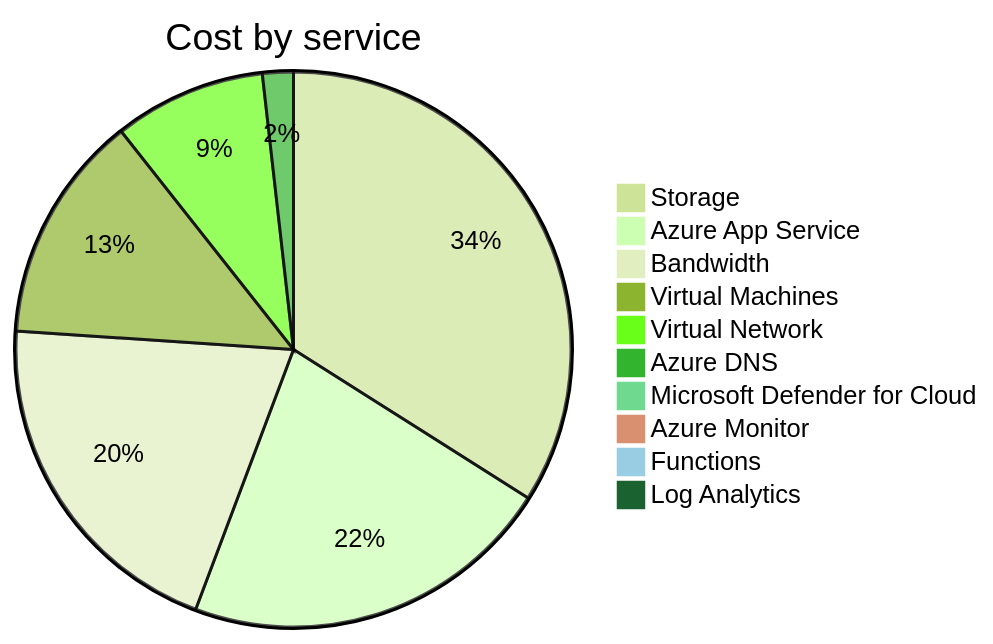
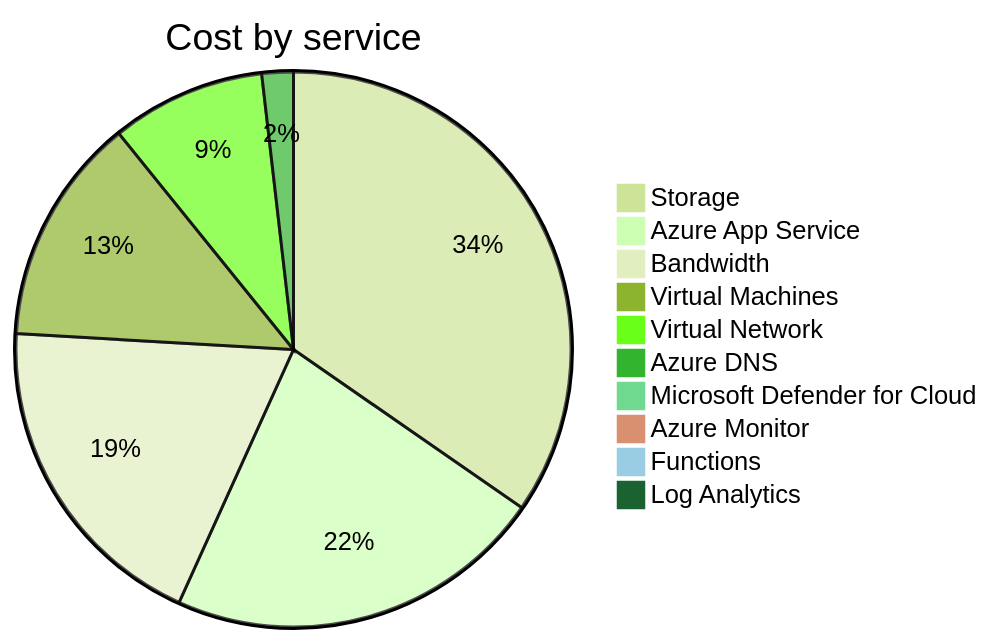
One commit to jpfulton/azure-personal-reports changed the second of 4 diagrams in cost-reports/accumulated-cost.md. Above: the diagram before and after it, drawn with Mermaid (forest theme). The commit also changed other lines of this file and 4 other files, not shown here.

````diff
--- a/cost-reports/accumulated-cost.md
+++ b/cost-reports/accumulated-cost.md
@@ -100,14 +100,14 @@
 ```mermaid
 pie
    title Cost by service
-   "Storage" : 13.64
-   "Azure App Service" : 8.73
+   "Storage" : 14.76
+   "Azure App Service" : 9.42
    "Bandwidth" : 8.16
-   "Virtual Machines" : 5.34
-   "Virtual Network" : 3.55
-   "Azure DNS" : 0.72
-   "Microsoft Defender for Cloud" : 0.35
+   "Virtual Machines" : 5.65
+   "Virtual Network" : 3.83
+   "Azure DNS" : 0.78
+   "Microsoft Defender for Cloud" : 0.39
    "Azure Monitor" : 0.00
    "Functions" : 0.00
    "Log Analytics" : 0.00
 ```
````
